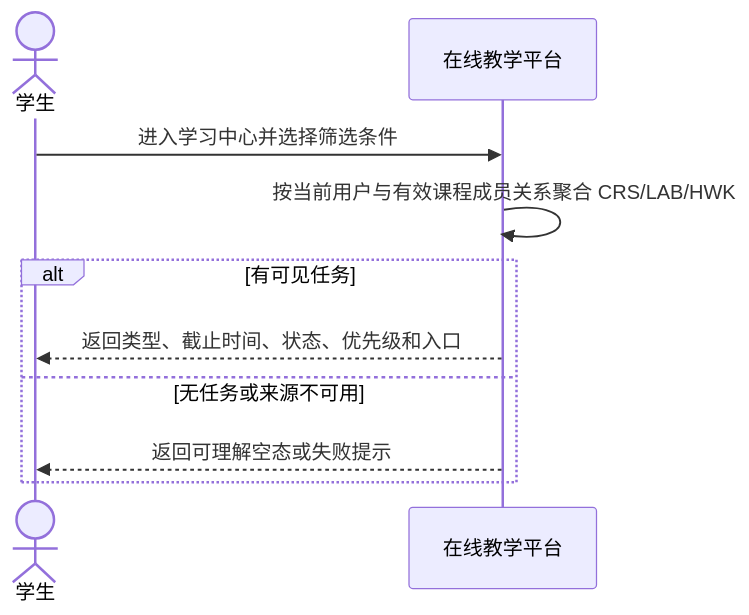
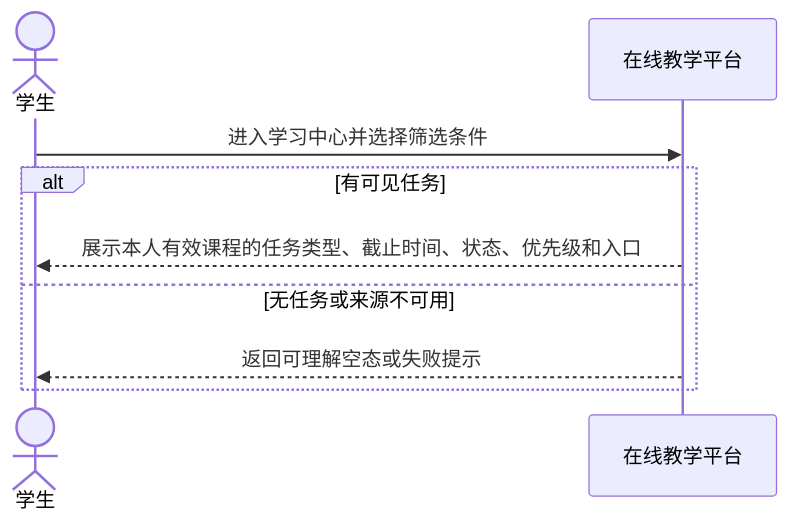
One commit to Cr4zyorange/OnlineJudge changed the diagram in docs/diagrams/lrn/requirements/sc01-task-center.mmd. Above: the diagram before and after it, drawn with Mermaid. The commit also changed 8 other files, not shown here.

```diff
--- a/docs/diagrams/lrn/requirements/sc01-task-center.mmd
+++ b/docs/diagrams/lrn/requirements/sc01-task-center.mmd
@@ -1,10 +1,9 @@
 sequenceDiagram
   actor Student as 学生
   participant System as 在线教学平台
   Student->>System: 进入学习中心并选择筛选条件
-  System->>System: 按当前用户与有效课程成员关系聚合 CRS/LAB/HWK
   alt 有可见任务
-    System-->>Student: 返回类型、截止时间、状态、优先级和入口
+    System-->>Student: 展示本人有效课程的任务类型、截止时间、状态、优先级和入口
   else 无任务或来源不可用
     System-->>Student: 返回可理解空态或失败提示
   end
```
